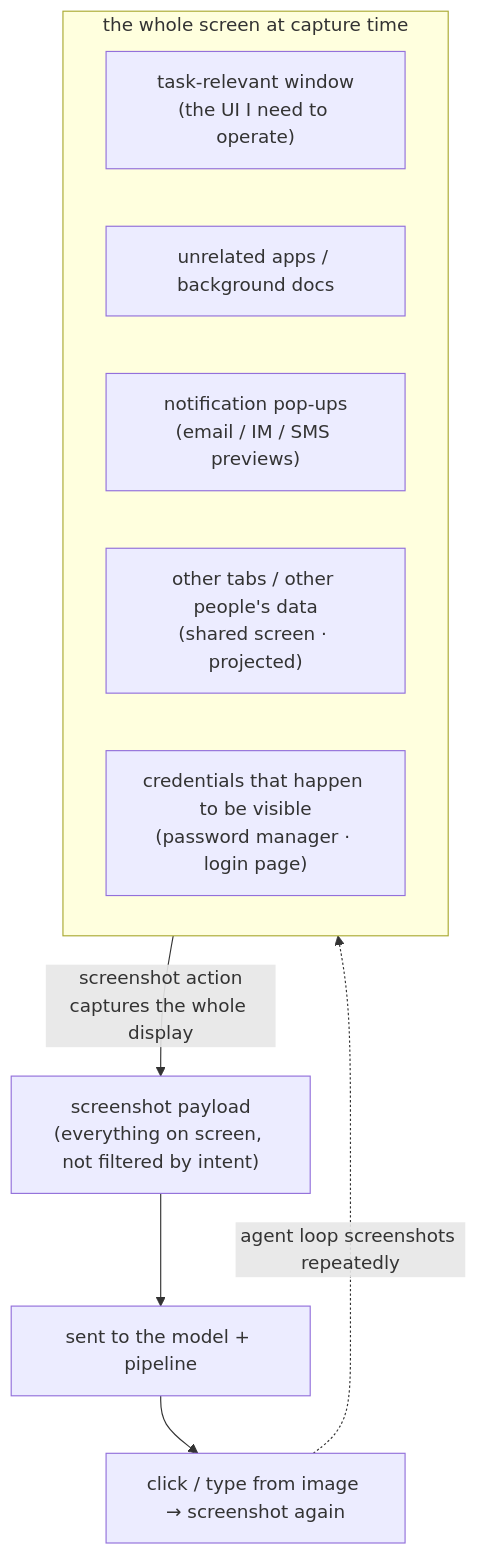
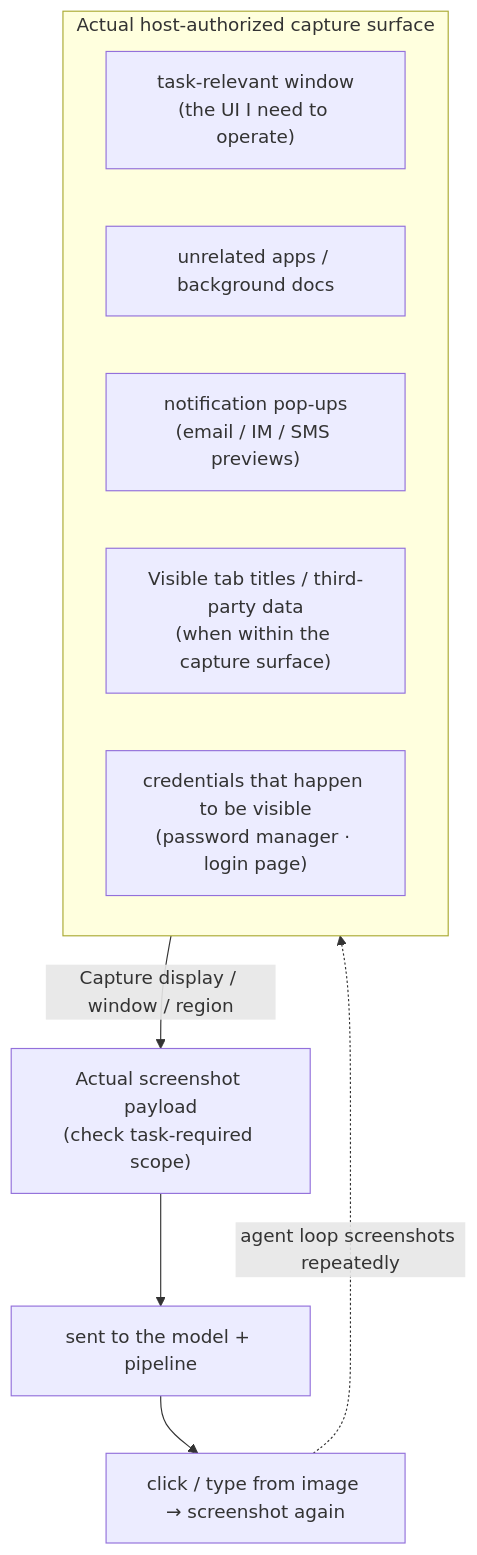
Before and after one commit to XuebinMa/AIWiki: the diagram in i18n/en/docusaurus-plugin-content-docs-privacy/current/04-rag-agents/computer-use-screen-capture-privacy.mdx, drawn with Mermaid. The commit also changed other lines of this file and 325 other files, not shown here.

````diff
--- a/i18n/en/docusaurus-plugin-content-docs-privacy/current/04-rag-agents/computer-use-screen-capture-privacy.mdx
+++ b/i18n/en/docusaurus-plugin-content-docs-privacy/current/04-rag-agents/computer-use-screen-capture-privacy.mdx
@@ -36,14 +39,14 @@
 ```mermaid
 flowchart TB
-    subgraph SCREEN["the whole screen at capture time"]
+    subgraph SCREEN["Actual host-authorized capture surface"]
       T["task-relevant window<br/>(the UI I need to operate)"]
       I1["unrelated apps / background docs"]
       I2["notification pop-ups<br/>(email / IM / SMS previews)"]
-      I3["other tabs / other people's data<br/>(shared screen · projected)"]
+      I3["Visible tab titles / third-party data<br/>(when within the capture surface)"]
       I4["credentials that happen to be visible<br/>(password manager · login page)"]
     end
-    SCREEN -->|"screenshot action<br/>captures the whole display"| SHOT["screenshot payload<br/>(everything on screen, not filtered by intent)"]
+    SCREEN -->|"Capture display / window / region"| SHOT["Actual screenshot payload<br/>(check task-required scope)"]
     SHOT --> M["sent to the model + pipeline"]
     M --> LOOP["click / type from image → screenshot again"]
     LOOP -.->|"agent loop screenshots repeatedly"| SCREEN
 ```
````
